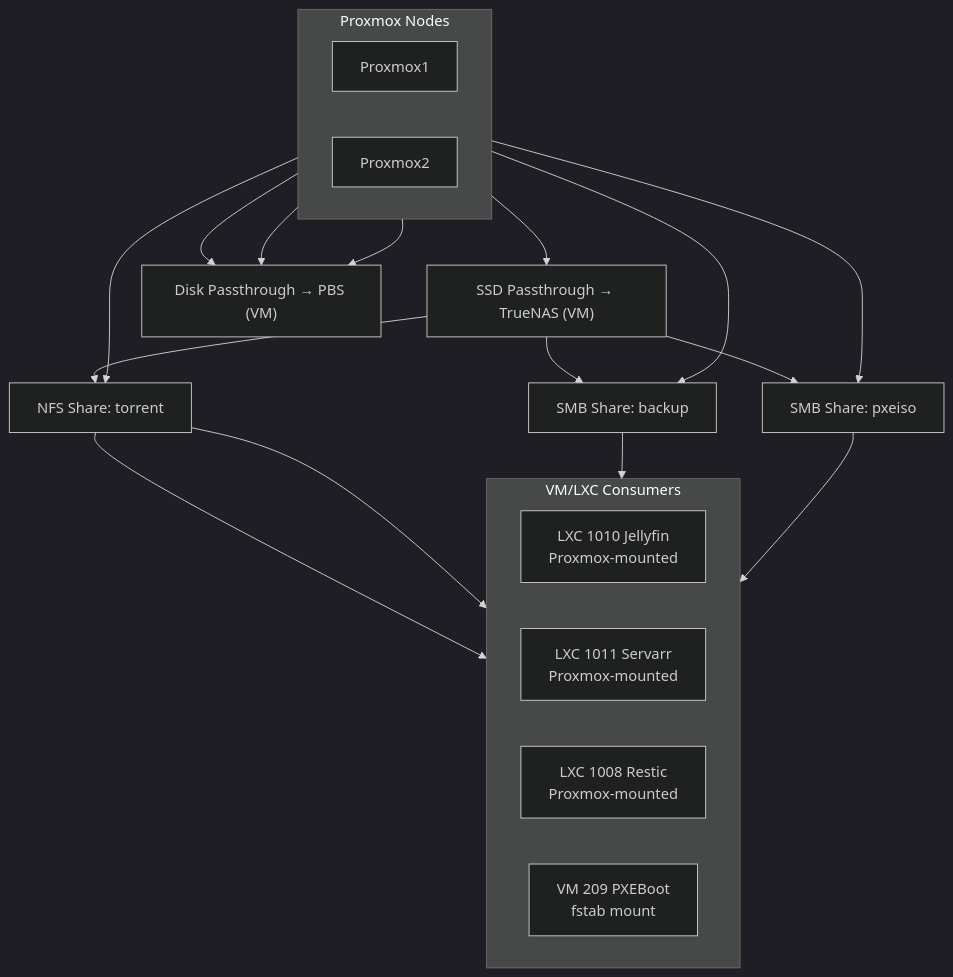
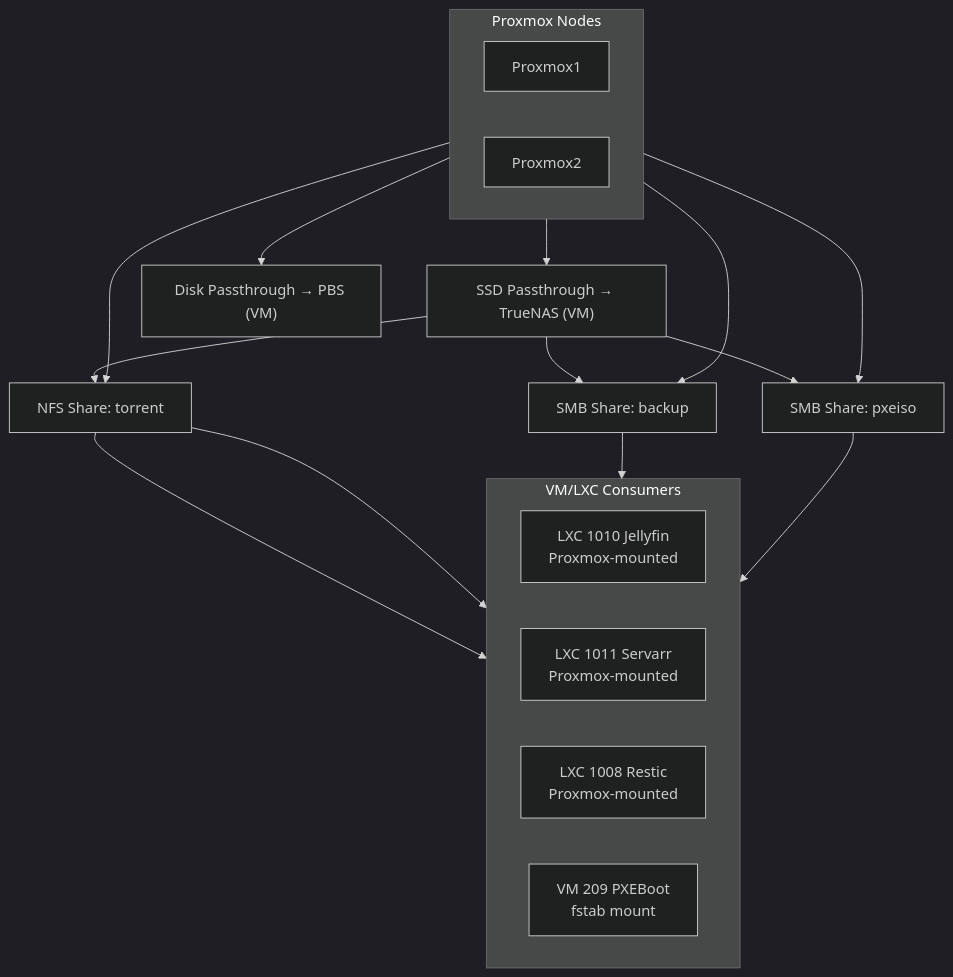
One commit to torokrolf/homelab changed the first of 2 diagrams in 13-Design_Decisions/README_HU.md. Above: the diagram before and after it, drawn with Mermaid (dark theme). The commit also changed other lines of this file, not shown here.

````diff
--- a/13-Design_Decisions/README_HU.md
+++ b/13-Design_Decisions/README_HU.md
@@ -3,49 +3,45 @@
 ```mermaid
 flowchart TB
     %% Smooth lines
     linkStyle default interpolate basis
 
     %% Top row: Proxmox nodes side by side
     subgraph PROXMOX["Proxmox Nodes"]
         direction LR
         PVE1["Proxmox1"]
         PVE2["Proxmox2"]
     end
 
     %% Passthrough disks going directly to VMs (middle layer)
     SSD_TRUENAS["SSD Passthrough → TrueNAS (VM)"]
     SSD_PBS["Disk Passthrough → PBS (VM)"]
 
     %% Passthrough connections (PVE2 only)
     PVE2 --> SSD_TRUENAS
     PVE2 --> SSD_PBS
 
     %% TrueNAS storage exports
     SSD_TRUENAS --> NFS["NFS Share: torrent"]
     SSD_TRUENAS --> SMB1["SMB Share: backup"]
     SSD_TRUENAS --> SMB2["SMB Share: pxeiso"]
 
     %% Proxmox1 mounts the shares
     PVE1 --> NFS
     PVE1 --> SMB1
     PVE1 --> SMB2
 
-    %% PBS VM is mounted from both Proxmox nodes
-    PVE1 --> SSD_PBS
-    PVE2 --> SSD_PBS
-
     %% Consumers (bottom row)
     subgraph CONSUMERS["VM/LXC Consumers"]
         direction LR
         JELLY["LXC 1010 Jellyfin\nProxmox-mounted"]
         SERVARR["LXC 1011 Servarr\nProxmox-mounted"]
         RESTIC["LXC 1008 Restic\nProxmox-mounted"]
         PXEVM["VM 209 PXEBoot\nfstab mount"]
     end
 
     %% Storage → Consumers connections
     NFS --> JELLY
     NFS --> SERVARR
     SMB1 --> RESTIC
     SMB2 --> PXEVM
 ```
````
